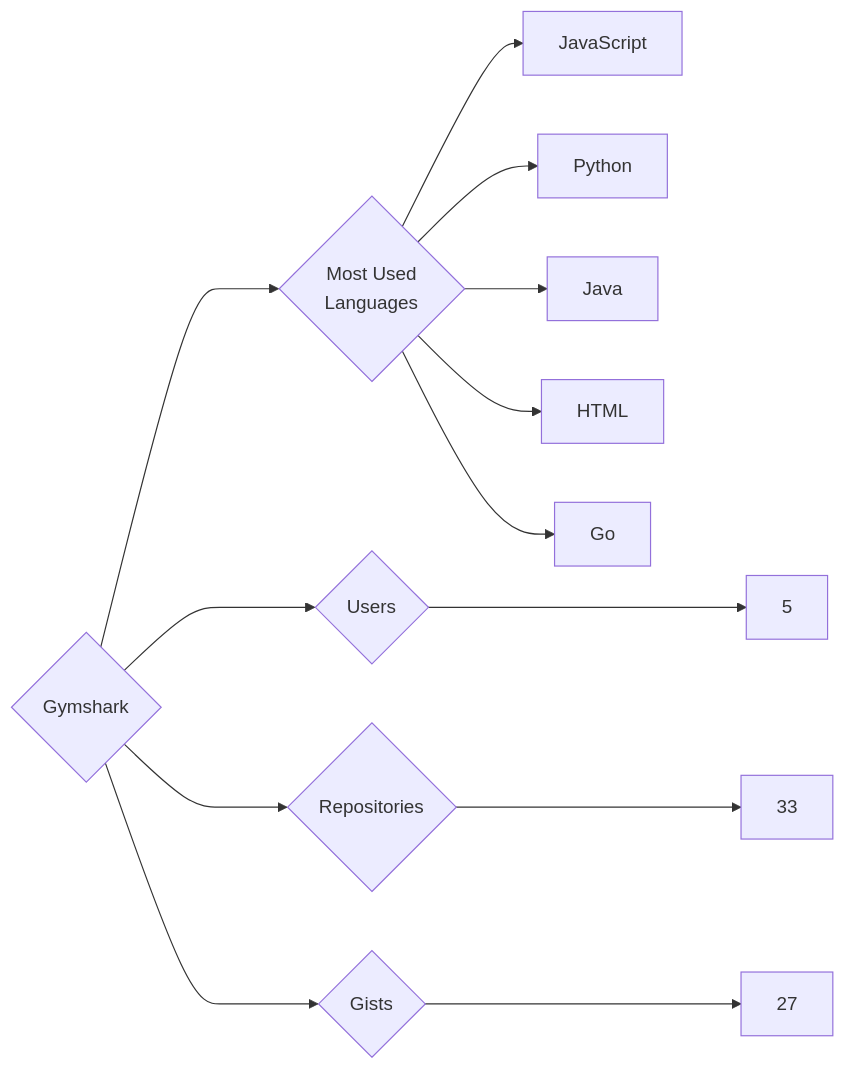
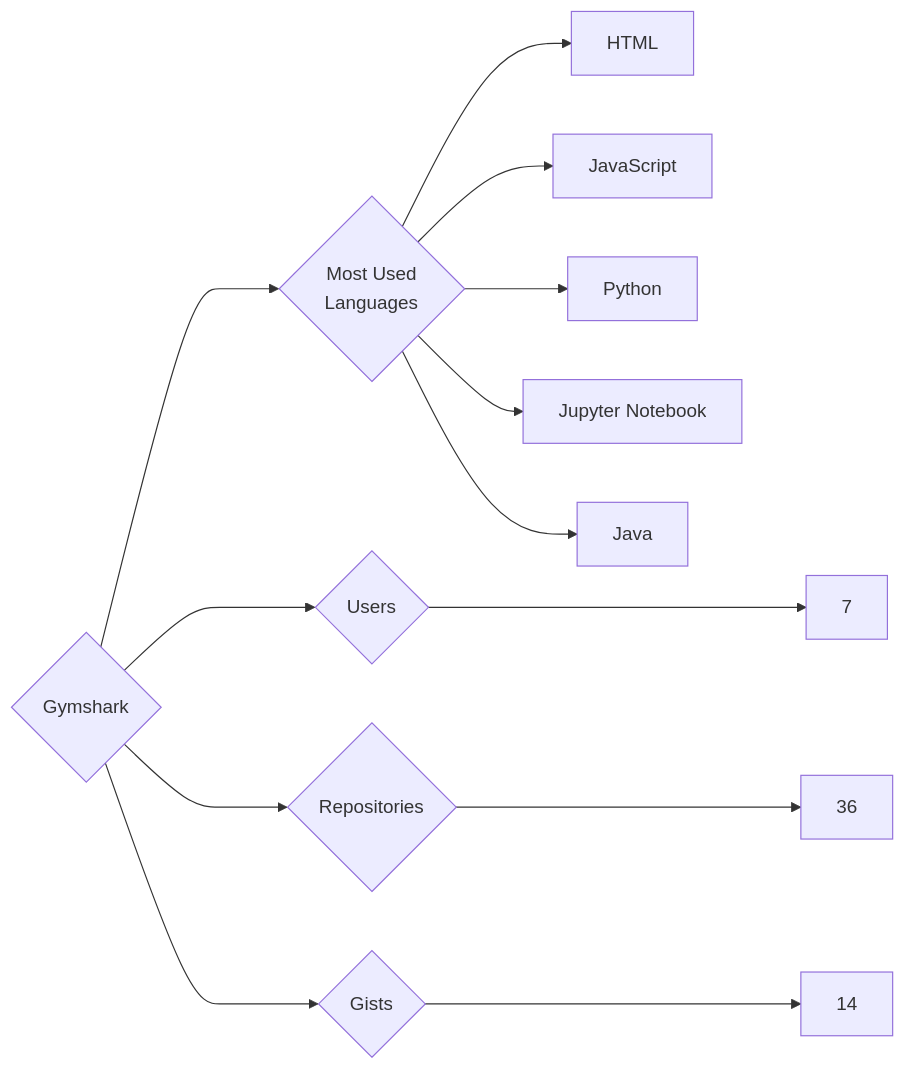
Before and after one commit to trickest/insiders: the diagram in targets/Gymshark/README.md, drawn with Mermaid. The commit also changed 1212 other files, not shown here.

````diff
--- a/targets/Gymshark/README.md
+++ b/targets/Gymshark/README.md
@@ -3,13 +3,13 @@
 ```mermaid
 graph LR
 COMPANY_NAME{Gymshark}
-COMPANY_NAME ---> U{Users} ---> UN[5]
-COMPANY_NAME ---> R{Repositories} ---> RN[33]
-COMPANY_NAME ---> G{Gists} ---> GN[27]
+COMPANY_NAME ---> U{Users} ---> UN[7]
+COMPANY_NAME ---> R{Repositories} ---> RN[36]
+COMPANY_NAME ---> G{Gists} ---> GN[14]
 COMPANY_NAME ---> ML{Most Used<br>Languages}
+ML --> HTML[HTML]
 ML --> JavaScript[JavaScript]
 ML --> Python[Python]
+ML --> Jupyter_Notebook[Jupyter Notebook]
 ML --> Java[Java]
-ML --> HTML[HTML]
-ML --> Go[Go]
 ```
````
